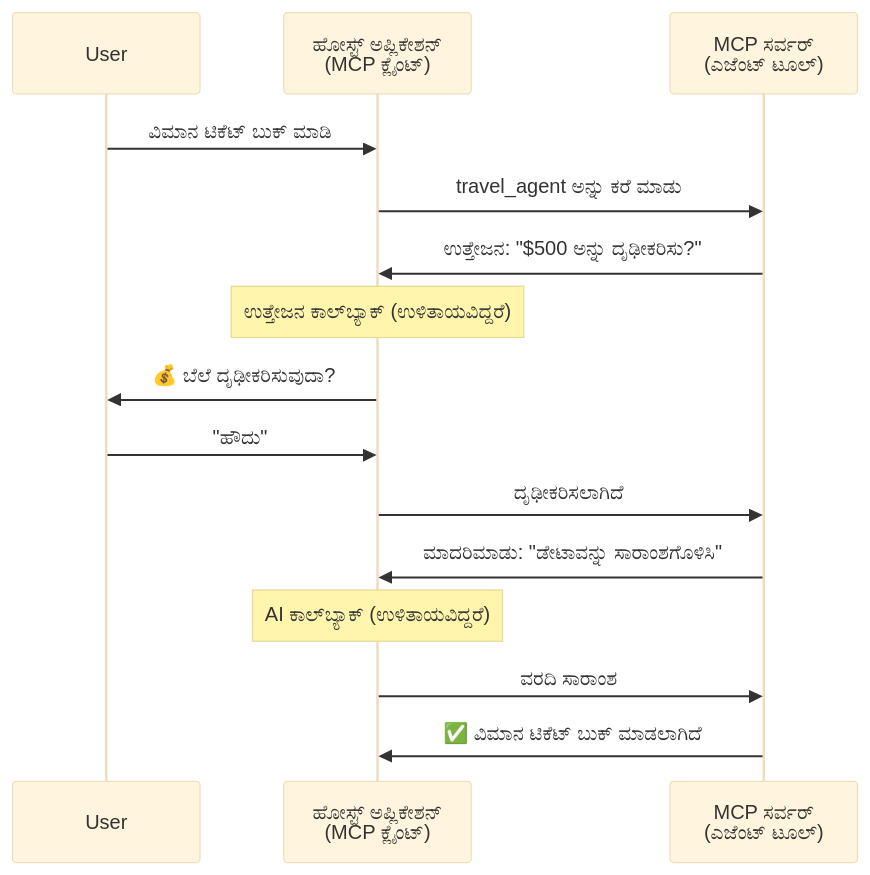
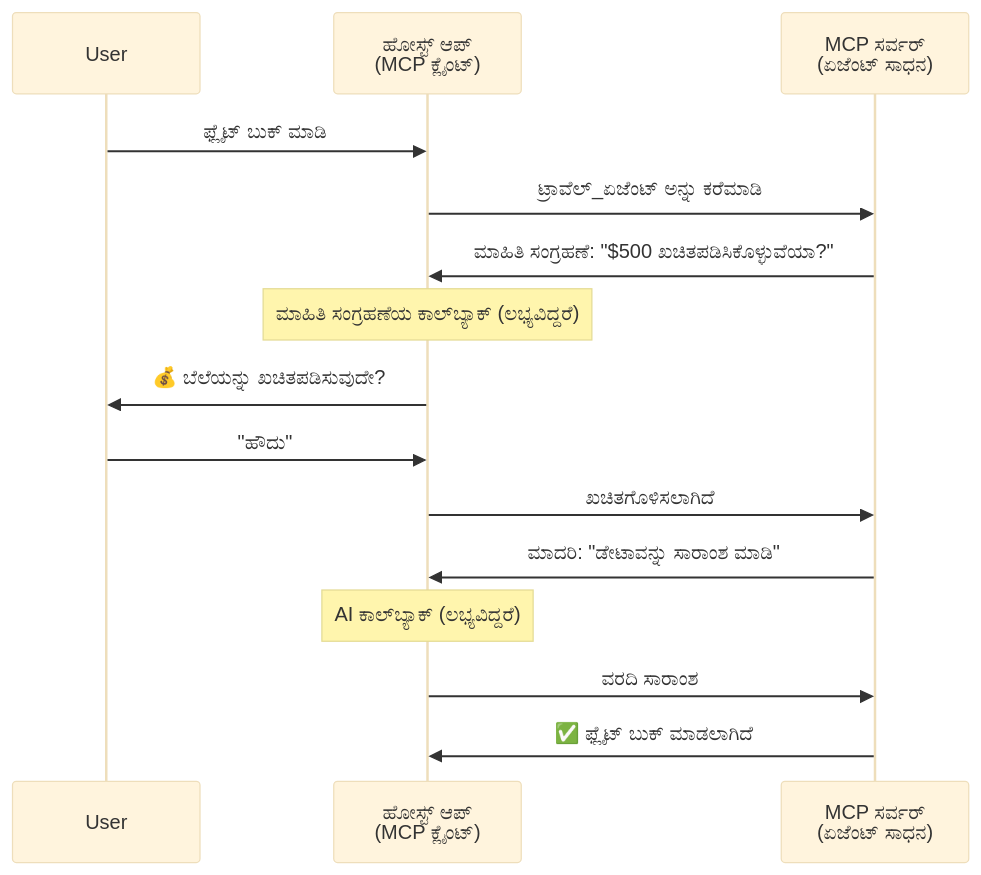
One commit to gabrielmoreira/agent-skills-mirror changed the fourth of 5 diagrams in mirrors/repos/microsoft@ai-agents-for-beginners/translations/kn/11-agentic-protocols/code_samples/mcp-agents/README.md. Above: the diagram before and after it, drawn with Mermaid (base theme). The commit also changed other lines of this file and 4262 other files, not shown here.

````diff
--- a/mirrors/repos/microsoft@ai-agents-for-beginners/translations/kn/11-agentic-protocols/code_samples/mcp-agents/README.md
+++ b/mirrors/repos/microsoft@ai-agents-for-beginners/translations/kn/11-agentic-protocols/code_samples/mcp-agents/README.md
@@ -163,21 +163,21 @@
 ```mermaid
 sequenceDiagram
     participant User
-    participant Host as ಹೋಸ್ಟ್ ಅಪ್ಲಿಕೇಶನ್<br/>(MCP ಕ್ಲೈಂಟ್)
-    participant Server as MCP ಸರ್ವರ್<br/>(ಎಜೆಂಟ್ ಟೂಲ್)
+    participant Host as ಹೋಸ್ಟ್ ಆಪ್<br/>(MCP ಕ್ಲೈಂಟ್)
+    participant Server as MCP ಸರ್ವರ್<br/>(ಏಜೆಂಟ್ ಸಾಧನ)
 
-    User->>Host: ವಿಮಾನ ಟಿಕೆಟ್ ಬುಕ್ ಮಾಡಿ
-    Host->>Server: travel_agent ಅನ್ನು ಕರೆ ಮಾಡು
+    User->>Host: ಫ್ಲೈಟ್ ಬುಕ್ ಮಾಡಿ
+    Host->>Server: ಟ್ರಾವೆಲ್_ಏಜೆಂಟ್ ಅನ್ನು ಕರೆಮಾಡಿ
 
-    Server->>Host: ಉತ್ತೇಜನ: "$500 ಅನ್ನು ದೃಢೀಕರಿಸು?"
-    Note over Host: ಉತ್ತೇಜನ ಕಾಲ್‌ಬ್ಯಾಕ್ (ಉಳಿತಾಯವಿದ್ದರೆ)
-    Host->>User: 💰 ಬೆಲೆ ದೃಢೀಕರಿಸುವುದಾ?
+    Server->>Host: ಮಾಹಿತಿ ಸಂಗ್ರಹಣೆ: "$500 ಖಚಿತಪಡಿಸಿಕೊಳ್ಳುವೆಯಾ?"
+    Note over Host: ಮಾಹಿತಿ ಸಂಗ್ರಹಣೆಯ ಕಾಲ್‌ಬ್ಯಾಕ್ (ಲಭ್ಯವಿದ್ದರೆ)
+    Host->>User: 💰 ಬೆಲೆಯನ್ನು ಖಚಿತಪಡಿಸುವುದೇ?
     User->>Host: "ಹೌದು"
-    Host->>Server: ದೃಢೀಕರಿಸಲಾಗಿದೆ
+    Host->>Server: ಖಚಿತಗೊಳಿಸಲಾಗಿದೆ
 
-    Server->>Host: ಮಾದರಿಮಾಡು: "ಡೇಟಾವನ್ನು ಸಾರಾಂಶಗೊಳಿಸಿ"
-    Note over Host: AI ಕಾಲ್‌ಬ್ಯಾಕ್ (ಉಳಿತಾಯವಿದ್ದರೆ)
+    Server->>Host: ಮಾದರಿ: "ಡೇಟಾವನ್ನು ಸಾರಾಂಶ ಮಾಡಿ"
+    Note over Host: AI ಕಾಲ್‌ಬ್ಯಾಕ್ (ಲಭ್ಯವಿದ್ದರೆ)
     Host->>Server: ವರದಿ ಸಾರಾಂಶ
 
-    Server->>Host: ✅ ವಿಮಾನ ಟಿಕೆಟ್ ಬುಕ್ ಮಾಡಲಾಗಿದೆ
+    Server->>Host: ✅ ಫ್ಲೈಟ್ ಬುಕ್ ಮಾಡಲಾಗಿದೆ
 ```
````
